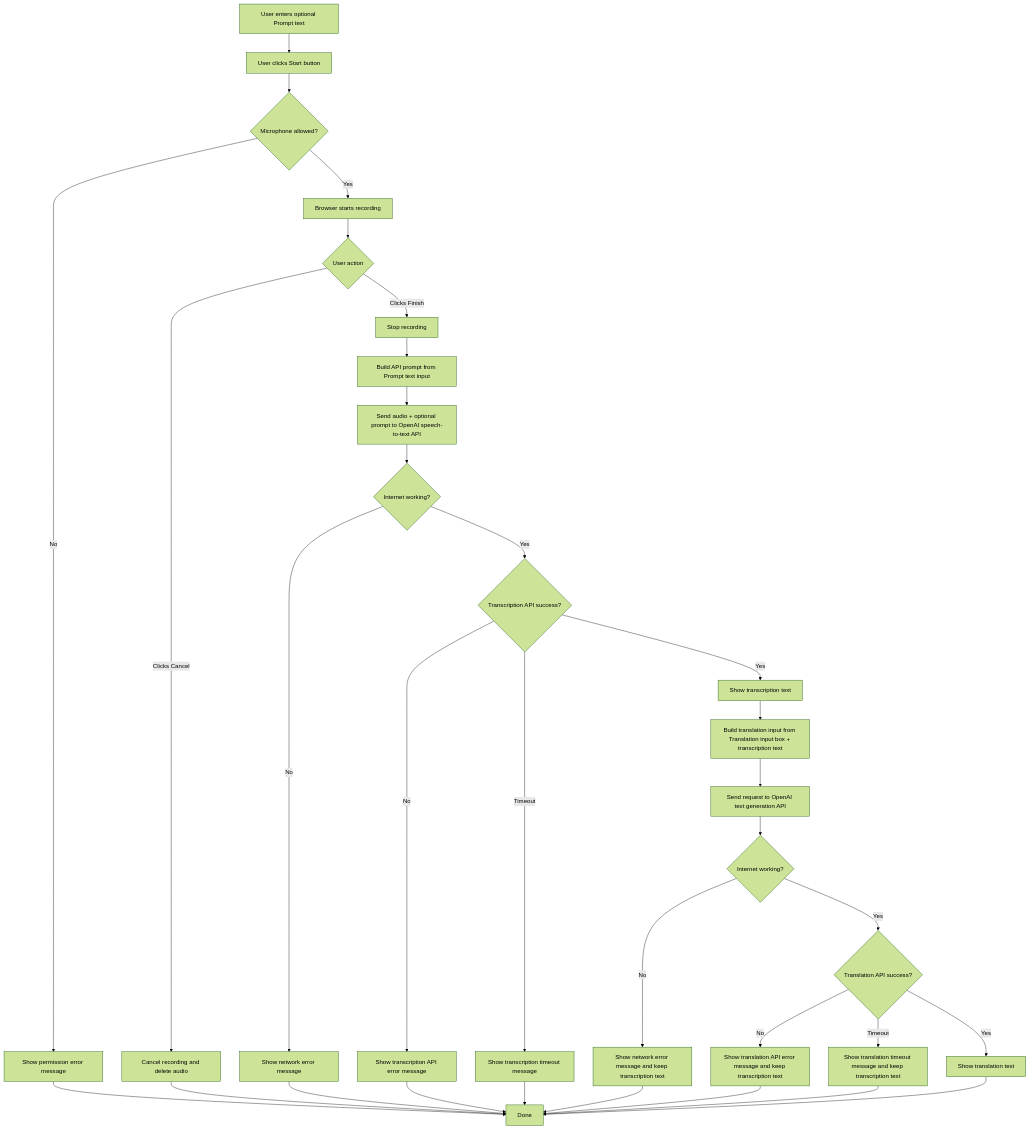
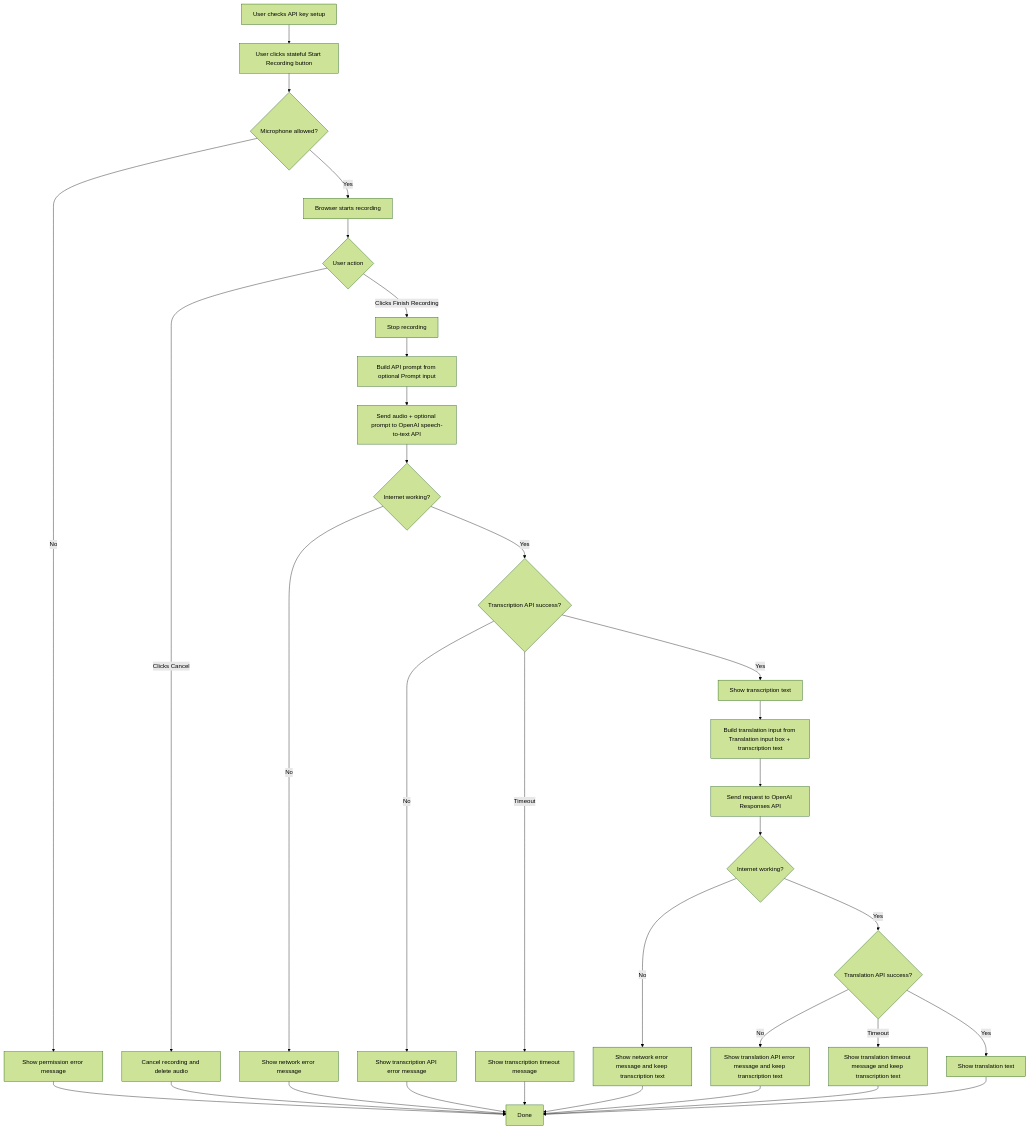
One commit to freshOffTheBot/based-translator changed the diagram in AGENTS.md. Above: the diagram before and after it, drawn with Mermaid (forest theme). The commit also changed other lines of this file and 2 other files, not shown here.

Commit message:
feat(ui): simplify translator layout with stateful record control and advanced collapse

````diff
--- a/AGENTS.md
+++ b/AGENTS.md
@@ -37,37 +40,37 @@
 ```mermaid
 flowchart TD
-	A[User enters optional Prompt text] --> B[User clicks Start button]
+	A[User checks API key setup] --> B[User clicks stateful Start Recording button]
 	B --> C{Microphone allowed?}
 
 	C -- No --> C1[Show permission error message] --> Z[End]
 	C -- Yes --> D[Browser starts recording]
 
 	D --> E{User action}
 
-	E -- Clicks Finish --> F[Stop recording]
+	E -- Clicks Finish Recording --> F[Stop recording]
 	E -- Clicks Cancel --> D1[Cancel recording and delete audio] --> Z
 
-	F --> F1[Build API prompt from Prompt text input]
+	F --> F1[Build API prompt from optional Prompt input]
 	F1 --> G[Send audio + optional prompt to OpenAI speech-to-text API]
 
 	G --> H{Internet working?}
 
 	H -- No --> H1[Show network error message] --> Z
 	H -- Yes --> I{Transcription API success?}
 
 	I -- No --> I1[Show transcription API error message] --> Z
 	I -- Timeout --> I2[Show transcription timeout message] --> Z
 	I -- Yes --> J[Show transcription text]
 
 	J --> K[Build translation input from Translation input box + transcription text]
-	K --> L[Send request to OpenAI text generation API]
+	K --> L[Send request to OpenAI Responses API]
 
 	L --> M{Internet working?}
 	M -- No --> M1[Show network error message and keep transcription text] --> Z
 	M -- Yes --> N{Translation API success?}
 	N -- No --> N1[Show translation API error message and keep transcription text] --> Z
 	N -- Timeout --> N2[Show translation timeout message and keep transcription text] --> Z
 	N -- Yes --> O[Show translation text]
 
 	O --> Z[Done]
 ```
````
